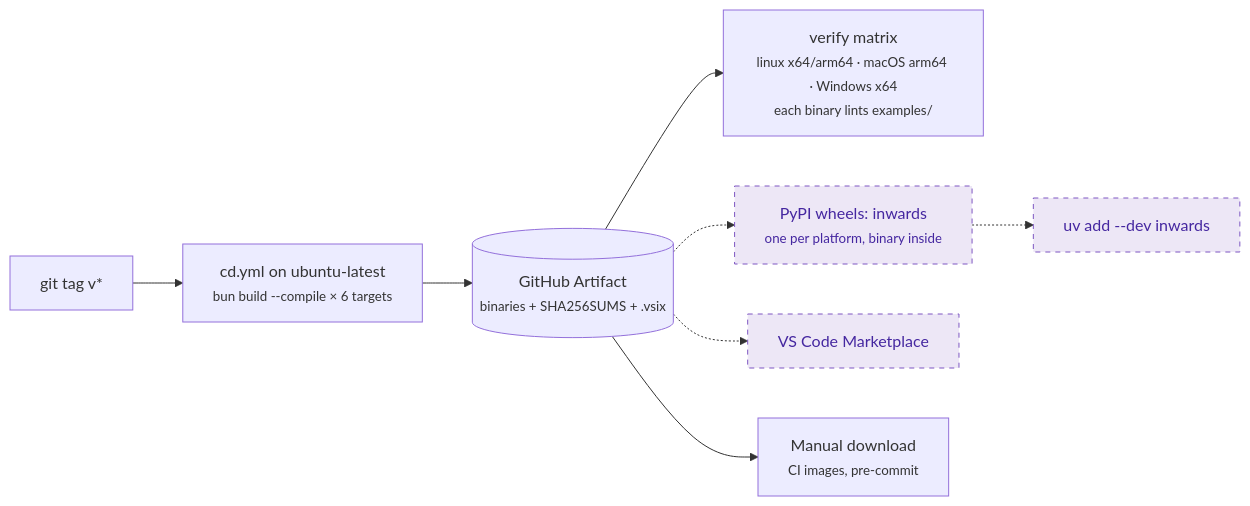
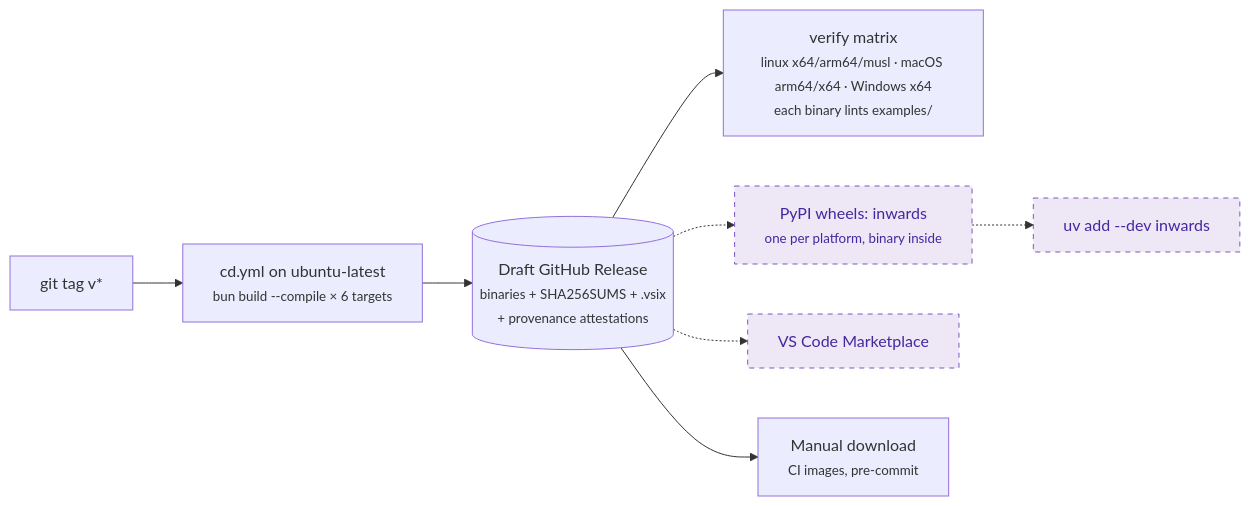
Before and after one commit to SirCypkowskyy/inwards: the sixth of 6 diagrams in docs/chapters/03-Architecture-C4.md, drawn with Mermaid. The commit also changed 8 other files, not shown here.

First line of the commit message:
GitHub Releases with binaries, SHA256SUMS and build attestations

````diff
--- a/docs/chapters/03-Architecture-C4.md
+++ b/docs/chapters/03-Architecture-C4.md
@@ -219,13 +219,13 @@
 ```mermaid
 flowchart LR
     tag["git tag v*"] --> cd["cd.yml on ubuntu-latest<br/><small>bun build --compile × 6 targets</small>"]
-    cd --> art[("GitHub Artifact<br/><small>binaries + SHA256SUMS + .vsix</small>")]
-    art --> verify["verify matrix<br/><small>linux x64/arm64 · macOS arm64 · Windows x64<br/>each binary lints examples/</small>"]
+    cd --> art[("Draft GitHub Release<br/><small>binaries + SHA256SUMS + .vsix<br/>+ provenance attestations</small>")]
+    art --> verify["verify matrix<br/><small>linux x64/arm64/musl · macOS arm64/x64 · Windows x64<br/>each binary lints examples/</small>"]
     art -.-> wheel["PyPI wheels: inwards<br/><small>one per platform, binary inside</small>"]
     art -.-> market["VS Code Marketplace"]
     wheel -.-> dev["uv add --dev inwards"]
     art --> manual["Manual download<br/><small>CI images, pre-commit</small>"]
 
     classDef planned fill:#ede7f6,color:#4527a0,stroke:#7e57c2,stroke-dasharray:5 5
     class wheel,market,dev planned
 ```
````
